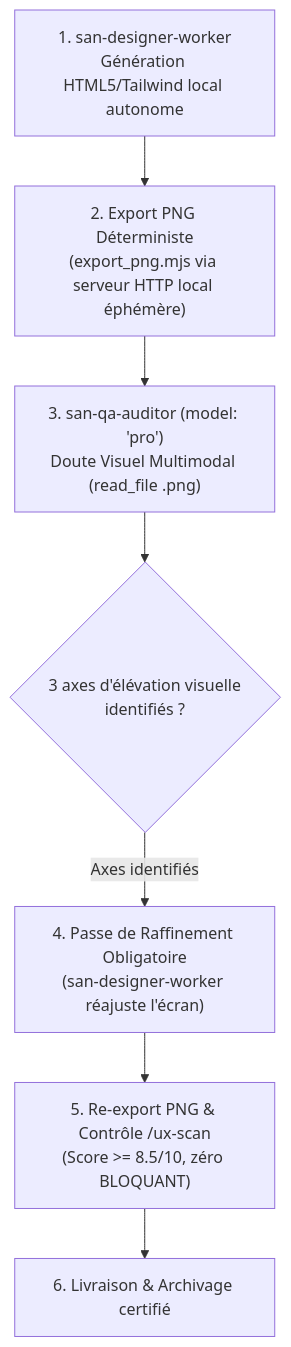
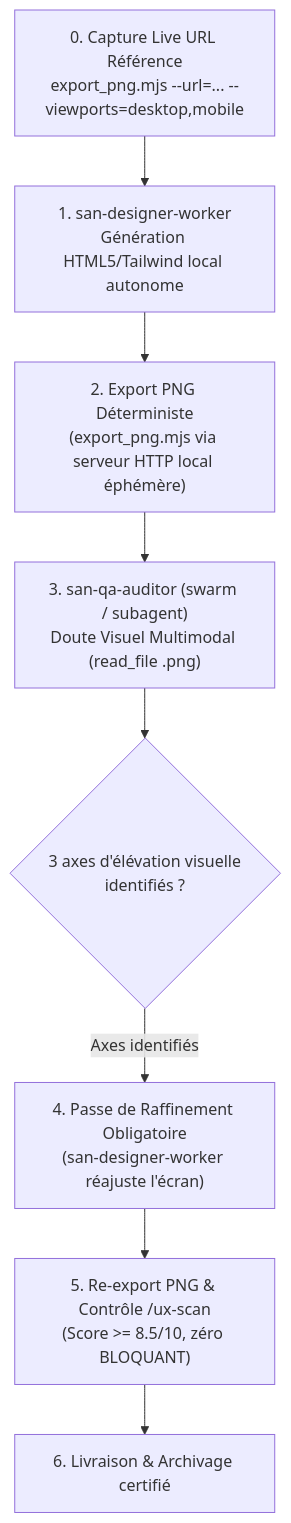
One commit to alexsan-dev/san_agy_framework changed the second of 3 diagrams in skills/san_designer.md. Above: the diagram before and after it, drawn with Mermaid. The commit also changed other lines of this file and 69 other files, not shown here.

````diff
--- a/skills/san_designer.md
+++ b/skills/san_designer.md
@@ -213,9 +218,10 @@
 ```mermaid
 flowchart TD
-    A["1. san-designer-worker\nGénération HTML5/Tailwind local autonome"] --> B["2. Export PNG Déterministe\n(export_png.mjs via serveur HTTP local éphémère)"]
-    B --> C["3. san-qa-auditor (model: 'pro')\nDoute Visuel Multimodal (read_file .png)"]
+    R["0. Capture Live URL Référence\nexport_png.mjs --url=... --viewports=desktop,mobile"] --> A["1. san-designer-worker\nGénération HTML5/Tailwind local autonome"]
+    A --> B["2. Export PNG Déterministe\n(export_png.mjs via serveur HTTP local éphémère)"]
+    B --> C["3. san-qa-auditor (swarm / subagent)\nDoute Visuel Multimodal (read_file .png)"]
     C --> D{"3 axes d'élévation visuelle\nidentifiés ?"}
     D -->|"Axes identifiés"| E["4. Passe de Raffinement Obligatoire\n(san-designer-worker réajuste l'écran)"]
     E --> F["5. Re-export PNG & Contrôle /ux-scan\n(Score >= 8.5/10, zéro BLOQUANT)"]
     F --> G["6. Livraison & Archivage certifié"]
 ```
````
